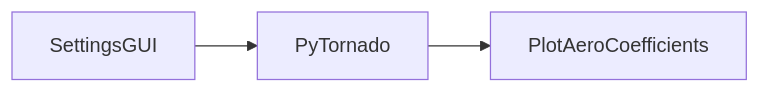
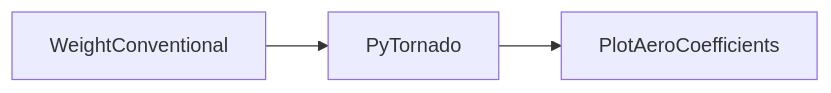
One commit to cfsengineering/CEASIOMpy changed the first of 2 diagrams in README.md. Above: the diagram before and after it, drawn with Mermaid. The commit also changed other lines of this file, not shown here.

Commit message:
Remove some mention of SettingsGUI

````diff
--- a/README.md
+++ b/README.md
@@ -96,5 +103,5 @@
 ```mermaid
   graph LR;
-      SettingsGUI-->PyTornado;
+      WeightConventional-->PyTornado;
       PyTornado-->PlotAeroCoefficients;
 ```
````
